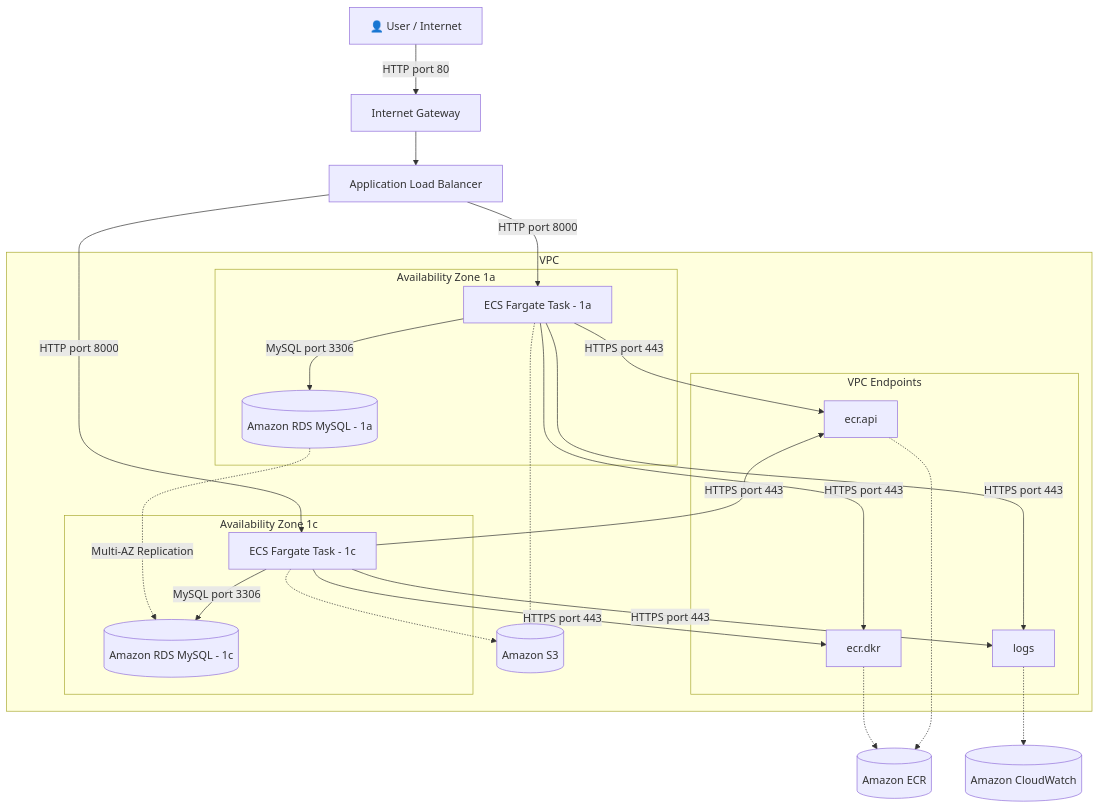
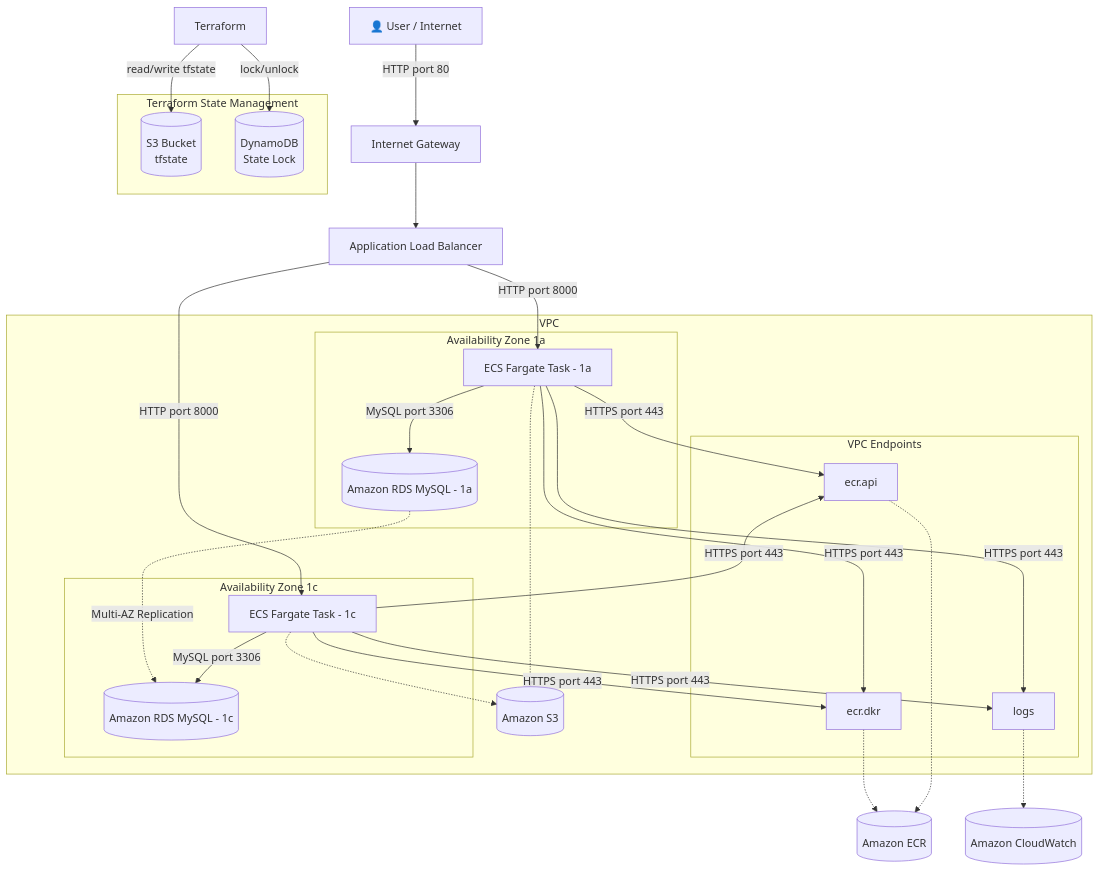
The diagram in README.md (makotonic999/aws-standard-3tier-architecture), drawn with Mermaid before and after one commit. The commit also changed other lines of this file, not shown here.

Commit message:
docs: add tfstate management to architecture diagram

````diff
--- a/README.md
+++ b/README.md
@@ -52,73 +60,80 @@
 ```mermaid
 graph TD
     %% コンポーネントの定義
     User[👤 User / Internet]
     IGW[Internet Gateway]
     ALB[Application Load Balancer]
 
     subgraph VPC [VPC]
         %% VPCエンドポイントを中央に配置するためのサブグラフ
         subgraph VPCE [VPC Endpoints]
             ECR_API[ecr.api]
             ECR_DKR[ecr.dkr]
             LOGS[logs]
         end
 
         %% S3をVPCEの直下に配置
         AWS_S3[(Amazon S3)]
 
         %% --- 1aのエリア ---
         subgraph AZ_1a [Availability Zone 1a]
             Fargate1[ECS Fargate Task - 1a]
             RDS_1a[(Amazon RDS MySQL - 1a)]
         end
         
         %% --- 1cのエリア ---
         subgraph AZ_1c [Availability Zone 1c]
             Fargate2[ECS Fargate Task - 1c]
             RDS_1c[(Amazon RDS MySQL - 1c)]
         end
     end
 
     AWS_ECR[(Amazon ECR)]
     AWS_CW[(Amazon CloudWatch)]
 
+    subgraph TFSTATE [Terraform State Management]
+        S3_TFSTATE[(S3 Bucket\ntfstate)]
+        DYNAMO[(DynamoDB\nState Lock)]
+    end
+
     %% --- 通信の流れ ---
     User -->|HTTP port 80| IGW
     IGW --> ALB
     
     ALB -->|HTTP port 8000| Fargate1
     ALB -->|HTTP port 8000| Fargate2
 
     %% アプリからDBへのセキュアな通信
     Fargate1 -->|MySQL port 3306| RDS_1a
     Fargate2 -->|MySQL port 3306| RDS_1c
     
     %% RDS間のマルチAZ同期
     RDS_1a -. Multi-AZ Replication .-> RDS_1c
 
     %% 1a, 1c両方からエンドポイントを経由する流れ
     Fargate1 -->|HTTPS port 443| ECR_API
     Fargate1 -->|HTTPS port 443| ECR_DKR
     Fargate1 -->|HTTPS port 443| LOGS
 
     Fargate2 -->|HTTPS port 443| ECR_API
     Fargate2 -->|HTTPS port 443| ECR_DKR
     Fargate2 -->|HTTPS port 443| LOGS
 
     %% エンドポイントからAWS各サービスへ
     ECR_API -.-> AWS_ECR
     ECR_DKR -.-> AWS_ECR
     LOGS -.-> AWS_CW
     
     %% FargateからS3へ（点線で表現）
     Fargate1 -.-> AWS_S3
     Fargate2 -.-> AWS_S3
 
+    %% TerraformからState管理へ
+    Terraform -->|read/write tfstate| S3_TFSTATE
+    Terraform -->|lock/unlock| DYNAMO
+
     %% --- レイアウト調整用の不可視リンク ---
-    %% S3をVPCEの直下に強制配置
     VPCE ~~~ AWS_S3
-    %% AZ_1aとAZ_1cをVPCEの両脇に配置
     AZ_1a ~~~ VPCE
     VPCE ~~~ AZ_1c
 ```
````
